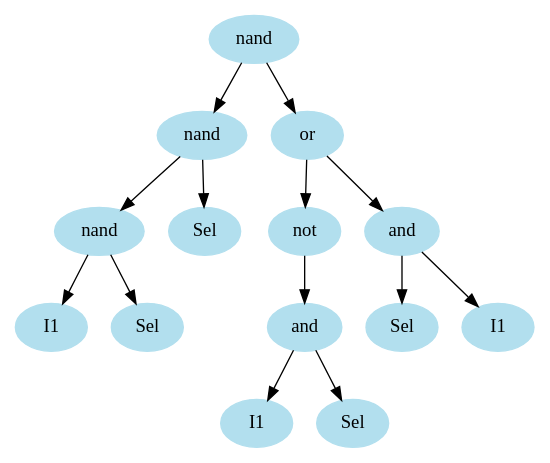
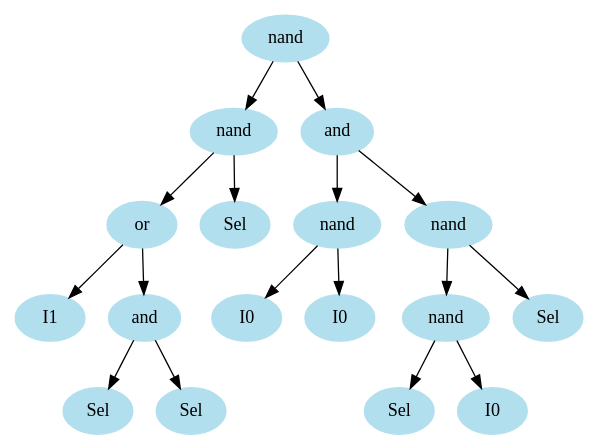
One commit to king2b3/GP changed the diagram in temp/Starting_AST.gv. Above: the diagram before and after it, drawn with Graphviz. The commit also changed 11 other files, not shown here.

```diff
--- a/temp/Starting_AST.gv
+++ b/temp/Starting_AST.gv
@@ -1,31 +1,37 @@
 digraph unix {
 	node [color=lightblue2 style=filled]
 	size="6,6"
 	gate_0 [label=nand]
 	gate_1 [label=nand]
-	gate_2 [label=nand]
+	gate_2 [label=or]
 	ins_0 [label=I1]
+	gate_3 [label=and]
 	ins_1 [label=Sel]
 	ins_2 [label=Sel]
-	gate_3 [label=or]
-	gate_4 [label=not]
-	gate_5 [label=and]
-	ins_3 [label=I1]
-	ins_4 [label=Sel]
-	gate_6 [label=and]
-	ins_5 [label=Sel]
-	ins_6 [label=I1]
+	ins_3 [label=Sel]
+	gate_4 [label=and]
+	gate_5 [label=nand]
+	ins_4 [label=I0]
+	ins_5 [label=I0]
+	gate_6 [label=nand]
+	gate_7 [label=nand]
+	ins_6 [label=Sel]
+	ins_7 [label=I0]
+	ins_8 [label=Sel]
 	gate_0 -> gate_1
-	gate_0 -> gate_3
+	gate_0 -> gate_4
 	gate_1 -> gate_2
-	gate_1 -> ins_2
+	gate_1 -> ins_3
 	gate_2 -> ins_0
-	gate_2 -> ins_1
-	gate_3 -> gate_4
-	gate_3 -> gate_6
+	gate_2 -> gate_3
+	gate_3 -> ins_1
+	gate_3 -> ins_2
 	gate_4 -> gate_5
-	gate_5 -> ins_3
+	gate_4 -> gate_6
 	gate_5 -> ins_4
-	gate_6 -> ins_5
-	gate_6 -> ins_6
+	gate_5 -> ins_5
+	gate_6 -> gate_7
+	gate_6 -> ins_8
+	gate_7 -> ins_6
+	gate_7 -> ins_7
 }
```
